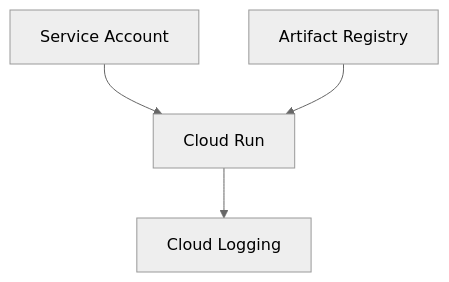
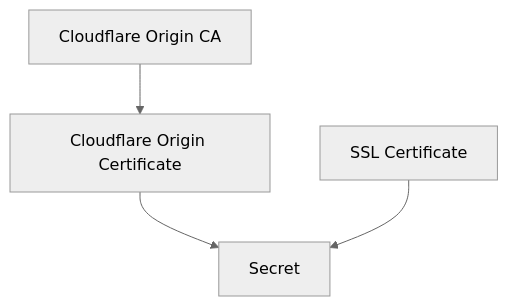
The fifth of 7 diagrams in docs/content/public_cloud/_index.md (Zaba505/infra), drawn with Mermaid (neutral theme) before and after one commit. The commit also changed other lines of this file and 2 other files, not shown here.

Commit message:
story(issue-419): mtls cloudflare gcp create terraform module (#420)

````diff
--- a/docs/content/public_cloud/_index.md
+++ b/docs/content/public_cloud/_index.md
@@ -122,13 +179,10 @@
 ```mermaid
 flowchart TB
-    sa["Service Account"]
-    artifactRegistry["Artifact Registry"]
-    cloudRun["Cloud Run"]
-    cloudLogging["Cloud Logging"]
+    originCA["Cloudflare Origin CA"]
+    originCert["Cloudflare Origin Certificate"]
+    secret["Secret"]
+    sslCertificate["SSL Certificate"]
 
-    sa --> cloudRun
-
-    artifactRegistry --> cloudRun
-
-    cloudRun --> cloudLogging
+    originCA --> originCert --> secret
+    sslCertificate --> secret
 ```
````
